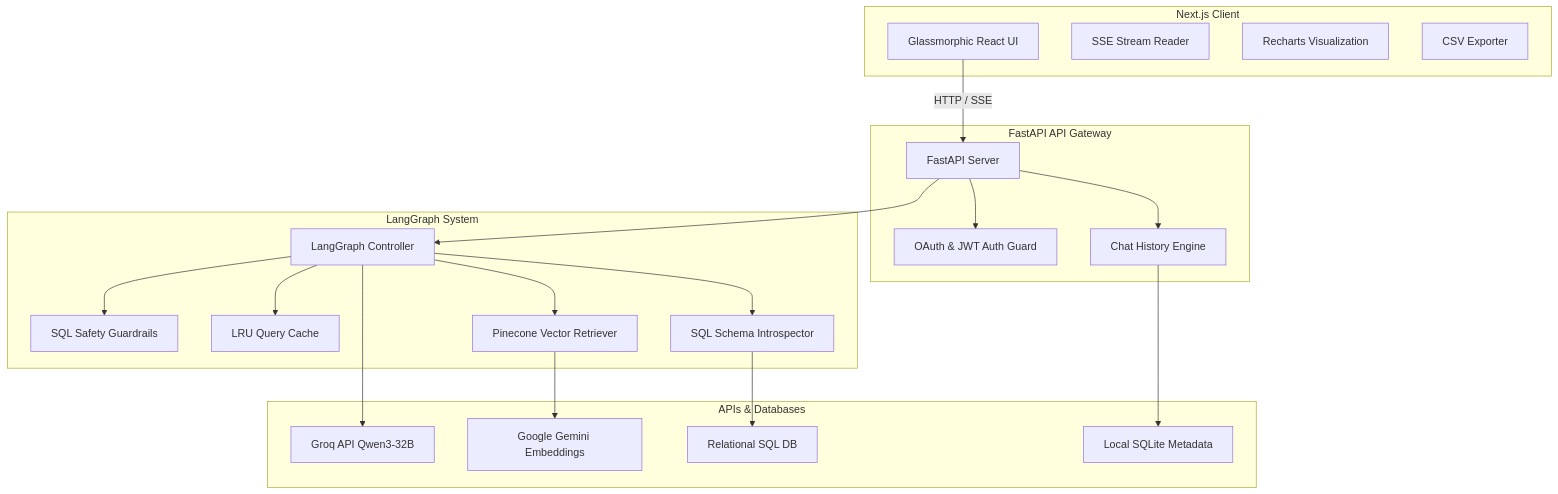
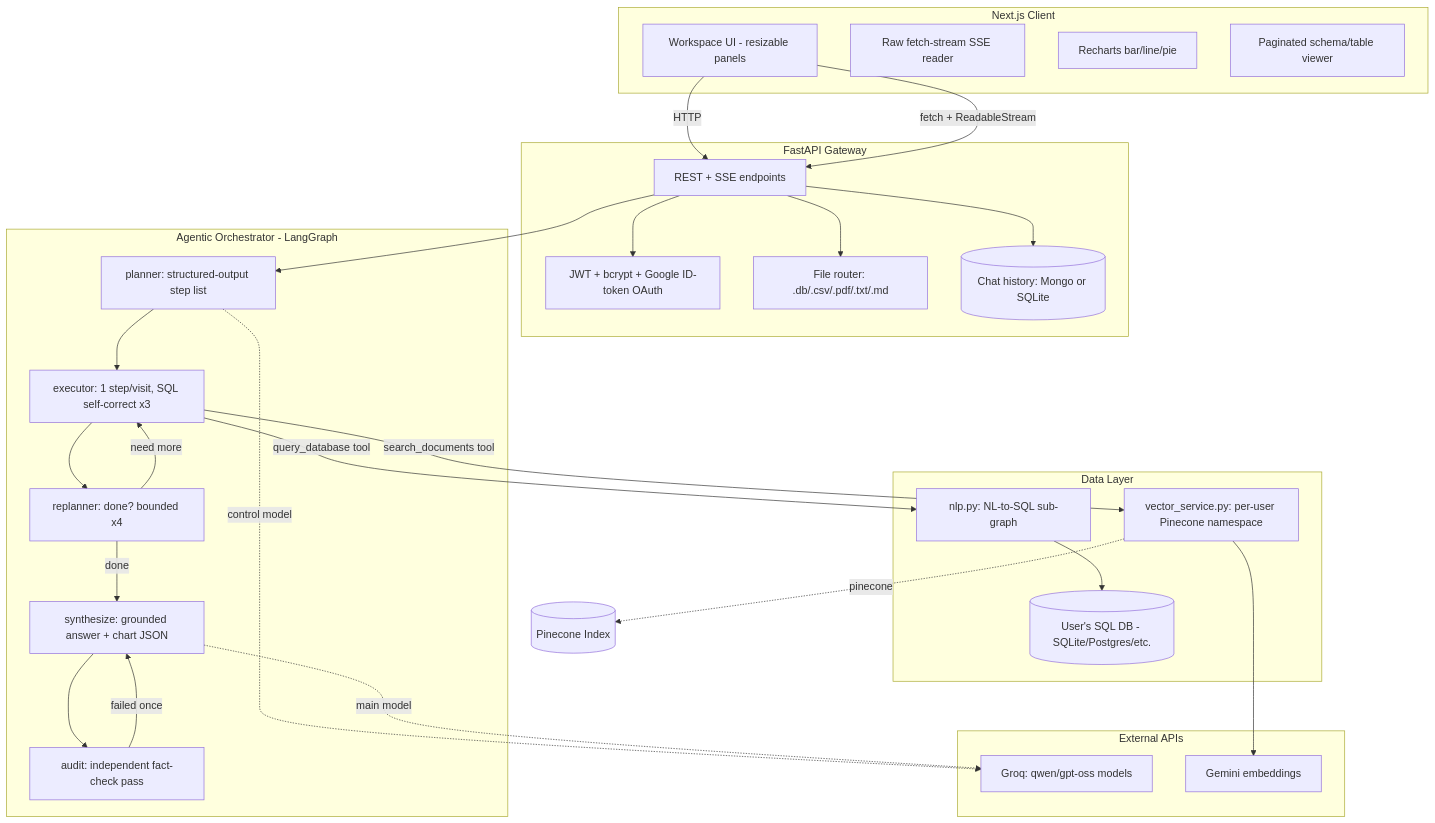
The diagram in README.md (arduR-O/data-talk), drawn with Mermaid before and after one commit. The commit also changed other lines of this file, not shown here.

Commit message:
Update README with detailed architecture diagrams, tradeoffs, and demo guide

````diff
--- a/README.md
+++ b/README.md
@@ -9,43 +21,55 @@
 ```mermaid
 graph TD
     subgraph Frontend [Next.js Client]
-        UI[Glassmorphic React UI]
-        SSE[SSE Stream Reader]
-        Charts[Recharts Visualization]
-        Exporter[CSV Exporter]
+        UI[Workspace UI - resizable panels]
+        SSE[Raw fetch-stream SSE reader]
+        Charts[Recharts bar/line/pie]
+        Schema[Paginated schema/table viewer]
     end
 
-    subgraph Backend [FastAPI API Gateway]
-        API[FastAPI Server]
-        Auth[OAuth & JWT Auth Guard]
-        History[Chat History Engine]
+    subgraph Backend [FastAPI Gateway]
+        API[REST + SSE endpoints]
+        Auth[JWT + bcrypt + Google ID-token OAuth]
+        Upload[File router: .db/.csv/.pdf/.txt/.md]
+        History[(Chat history: Mongo or SQLite)]
     end
 
-    subgraph Orchestrator [LangGraph System]
-        Graph[LangGraph Controller]
-        Safety[SQL Safety Guardrails]
-        Cache[LRU Query Cache]
-        SQL[SQL Schema Introspector]
-        Pinecone[Pinecone Vector Retriever]
+    subgraph Agent [Agentic Orchestrator - LangGraph]
+        Planner[planner: structured-output step list]
+        Executor[executor: 1 step/visit, SQL self-correct x3]
+        Replanner[replanner: done? bounded x4]
+        Synth[synthesize: grounded answer + chart JSON]
+        Audit[audit: independent fact-check pass]
     end
 
-    subgraph External [APIs & Databases]
-        Groq[Groq API Qwen3-32B]
-        Gemini[Google Gemini Embeddings]
-        DB[Relational SQL DB]
-        SQLite[Local SQLite Metadata]
+    subgraph Data [Data Layer]
+        NLQ[nlp.py: NL-to-SQL sub-graph]
+        SQLDB[(User's SQL DB - SQLite/Postgres/etc.)]
+        Vec[vector_service.py: per-user Pinecone namespace]
     end
 
-    UI -->|HTTP / SSE| API
+    subgraph External [External APIs]
+        Groq[Groq: qwen/gpt-oss models]
+        Gemini[Gemini embeddings]
+    end
+
+    UI -->|HTTP| API
+    UI -->|fetch + ReadableStream| API
     API --> Auth
+    API --> Upload
     API --> History
-    History --> SQLite
-    API --> Graph
-    Graph --> Safety
-    Graph --> Cache
-    Graph --> SQL
-    Graph --> Pinecone
-    Graph --> Groq
-    Pinecone --> Gemini
-    SQL --> DB
+    API --> Planner
+    Planner --> Executor
+    Executor -->|query_database tool| NLQ
+    Executor -->|search_documents tool| Vec
+    NLQ --> SQLDB
+    Vec --> Gemini
+    Vec -.pinecone.-> PineconeIdx[(Pinecone Index)]
+    Executor --> Replanner
+    Replanner -->|need more| Executor
+    Replanner -->|done| Synth
+    Synth --> Audit
+    Audit -->|failed once| Synth
+    Planner -.control model.-> Groq
+    Synth -.main model.-> Groq
 ```
````
